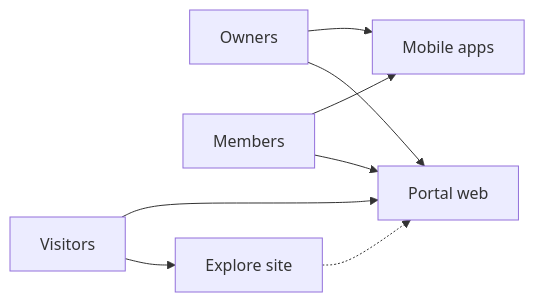
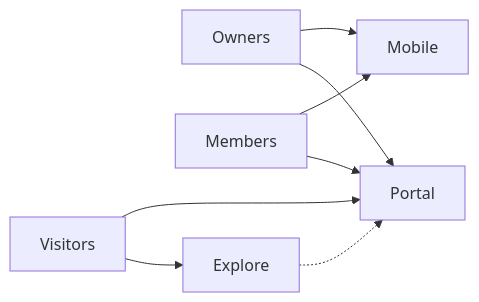
One commit to MyRockae/.github changed the diagram in profile/README.md. Above: the diagram before and after it, drawn with Mermaid. The commit also changed other lines of this file, not shown here.

````diff
--- a/profile/README.md
+++ b/profile/README.md
@@ -35,18 +31,18 @@
 ```mermaid
 flowchart LR
   visitors[Visitors]
   owners[Owners]
   members[Members]
 
-  explore[Explore site]
-  portal[Portal web]
-  mobile[Mobile apps]
+  explore[Explore]
+  portal[Portal]
+  mobile[Mobile]
 
   visitors --> explore
   visitors --> portal
   owners --> portal
   owners --> mobile
   members --> portal
   members --> mobile
   explore -.-> portal
 ```
````
